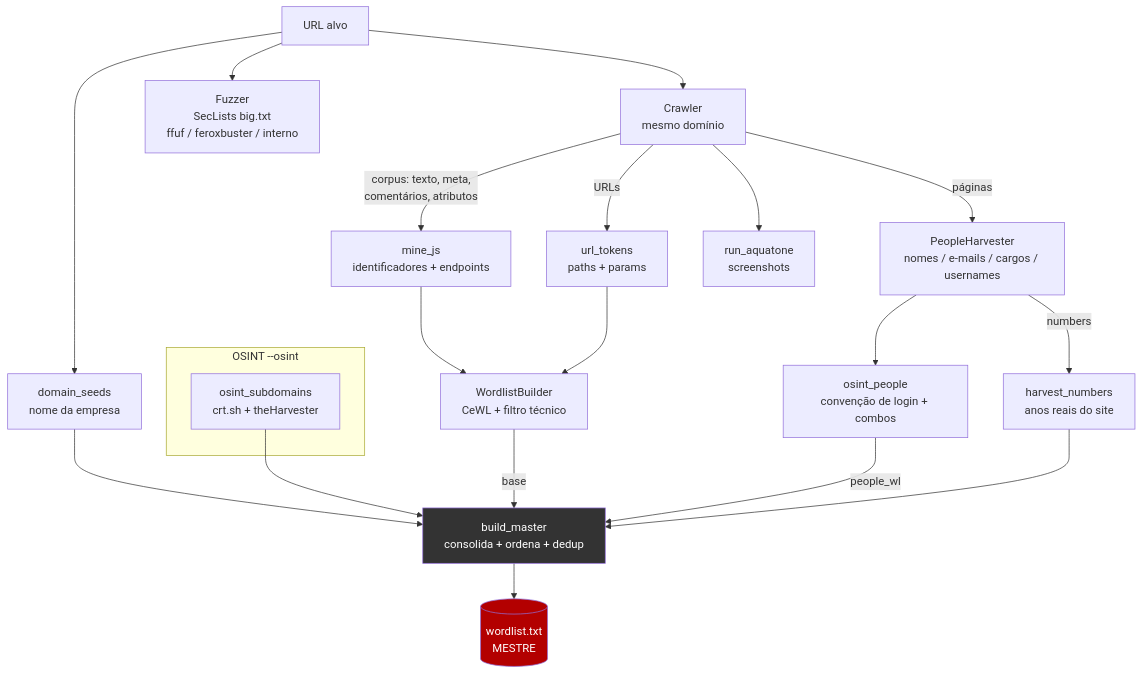
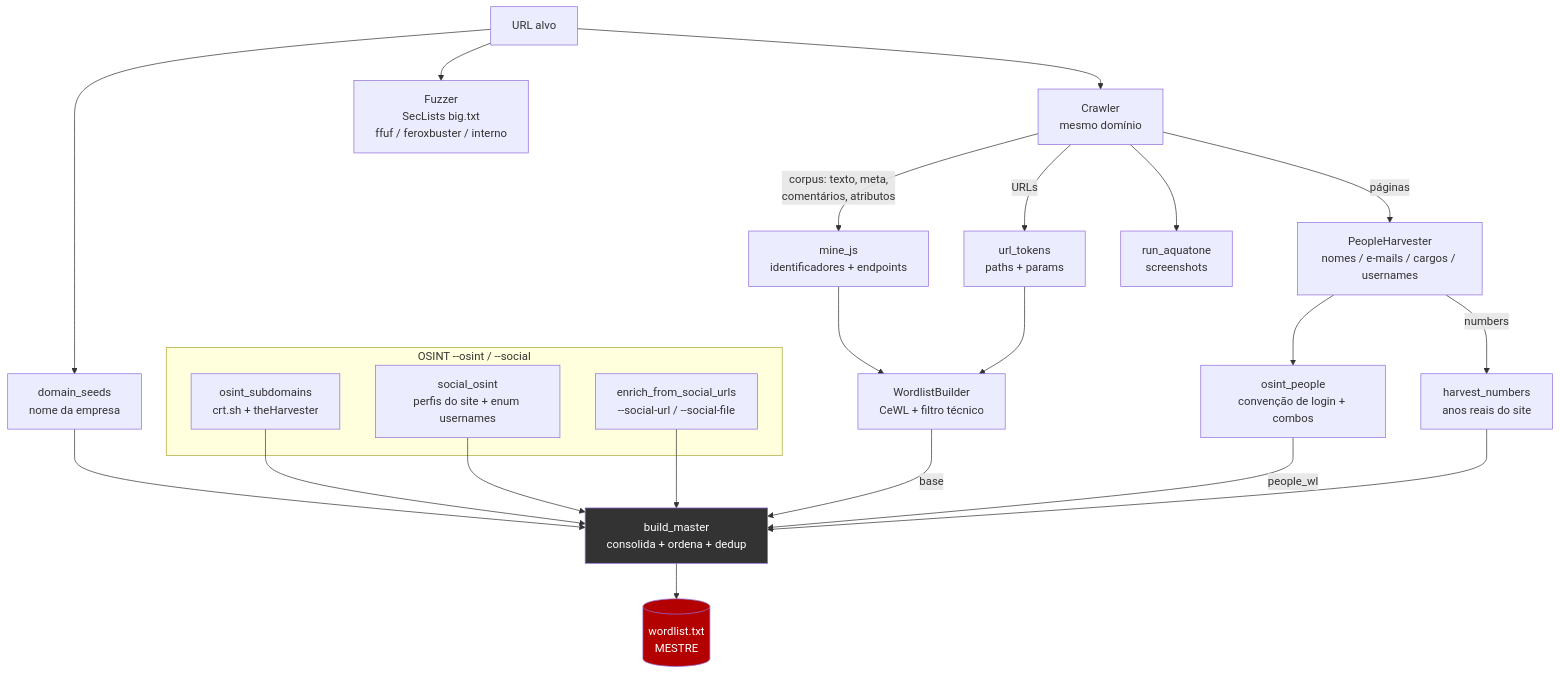
The first of 2 diagrams in README.md (Yuriassisx/Necroscan), drawn with Mermaid before and after one commit. The commit also changed other lines of this file and 1 other file, not shown here.

First line of the commit message:
feat: OSINT de redes sociais (LinkedIn, Instagram, Facebook, GitHub, X e mais)

````diff
--- a/README.md
+++ b/README.md
@@ -86,32 +85,36 @@
 ```mermaid
 flowchart TD
     A[URL alvo] --> B[Crawler<br/>mesmo domínio]
     B -->|corpus: texto, meta,<br/>comentários, atributos| C[mine_js<br/>identificadores + endpoints]
     B -->|URLs| U[url_tokens<br/>paths + params]
     A --> D[domain_seeds<br/>nome da empresa]
 
-    subgraph OSINT [OSINT  --osint]
+    subgraph OSINT [OSINT  --osint / --social]
       E[osint_subdomains<br/>crt.sh + theHarvester]
+      S[social_osint<br/>perfis do site + enum usernames]
+      SU[enrich_from_social_urls<br/>--social-url / --social-file]
     end
 
     C --> F[WordlistBuilder<br/>CeWL + filtro técnico]
     U --> F
     D --> G
     E --> G
+    S --> G
+    SU --> G
 
     B -->|páginas| H[PeopleHarvester<br/>nomes / e-mails / cargos / usernames]
     H --> I[osint_people<br/>convenção de login + combos]
 
     F -->|base| G[build_master<br/>consolida + ordena + dedup]
     I -->|people_wl| G
     H -->|numbers| J[harvest_numbers<br/>anos reais do site]
     J --> G
 
     G --> W[(wordlist.txt<br/>MESTRE)]
 
     B --> K[run_aquatone<br/>screenshots]
     A --> L[Fuzzer<br/>SecLists big.txt<br/>ffuf / feroxbuster / interno]
 
     style W fill:#b30000,color:#fff
     style G fill:#333,color:#fff
 ```
````
